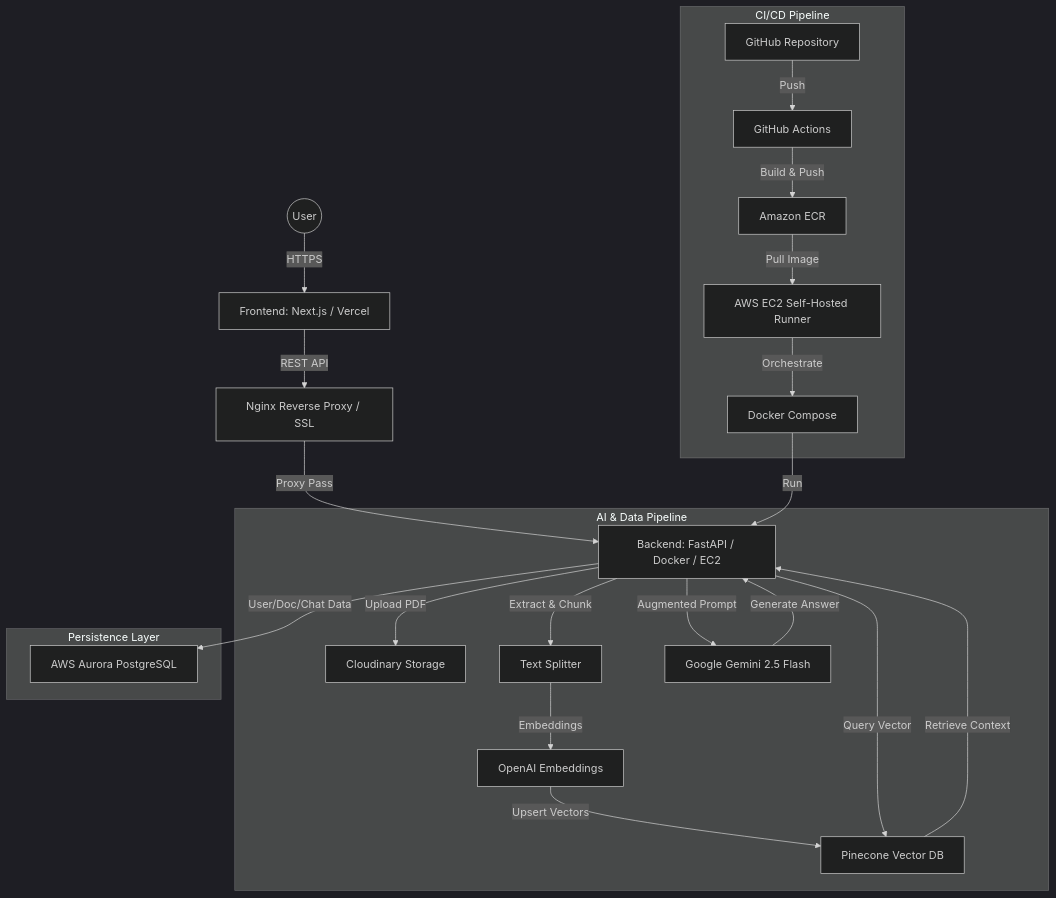
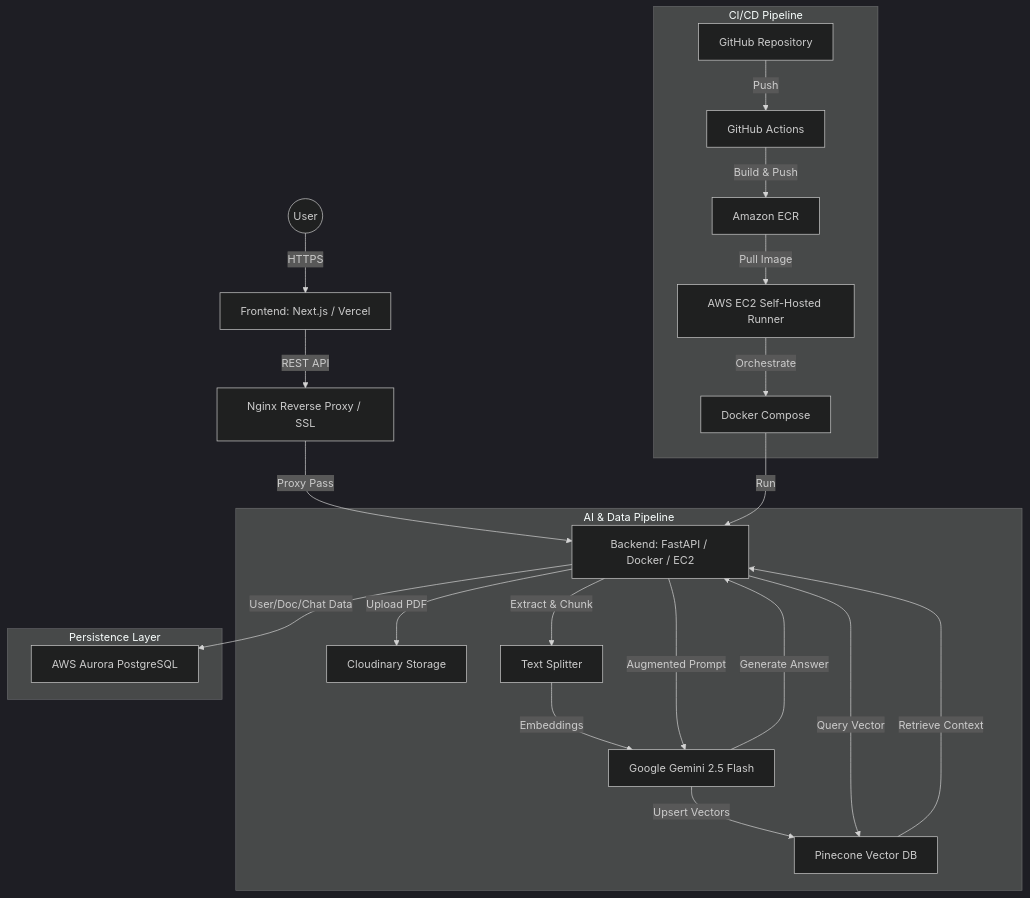
The diagram in README.md (ranafaraznaru/intelli-docs), drawn with Mermaid (dark theme) before and after one commit. The commit also changed other lines of this file, not shown here.

````diff
--- a/README.md
+++ b/README.md
@@ -11,29 +11,29 @@
 ```mermaid
 graph TD
     User((User)) -->|HTTPS| FE[Frontend: Next.js / Vercel]
     FE -->|REST API| Nginx[Nginx Reverse Proxy / SSL]
     Nginx -->|Proxy Pass| BE[Backend: FastAPI / Docker / EC2]
 
     subgraph "AI & Data Pipeline"
         BE -->|Upload PDF| Cloudinary[Cloudinary Storage]
         BE -->|Extract & Chunk| TextProcessor[Text Splitter]
-        TextProcessor -->|Embeddings| OpenAI[OpenAI Embeddings]
-        OpenAI -->|Upsert Vectors| Pinecone[Pinecone Vector DB]
+        TextProcessor -->|Embeddings| Gemini[Gemini Embeddings]
+        Gemini -->|Upsert Vectors| Pinecone[Pinecone Vector DB]
         BE -->|Query Vector| Pinecone
         Pinecone -->|Retrieve Context| BE
         BE -->|Augmented Prompt| Gemini[Google Gemini 2.5 Flash]
         Gemini -->|Generate Answer| BE
     end
 
     subgraph "Persistence Layer"
         BE -->|User/Doc/Chat Data| Aurora[AWS Aurora PostgreSQL]
     end
 
     subgraph "CI/CD Pipeline"
         Git[GitHub Repository] -->|Push| GHA[GitHub Actions]
         GHA -->|Build & Push| ECR[Amazon ECR]
         ECR -->|Pull Image| EC2[AWS EC2 Self-Hosted Runner]
         EC2 -->|Orchestrate| DC[Docker Compose]
         DC -->|Run| BE
     end
 ```
````
